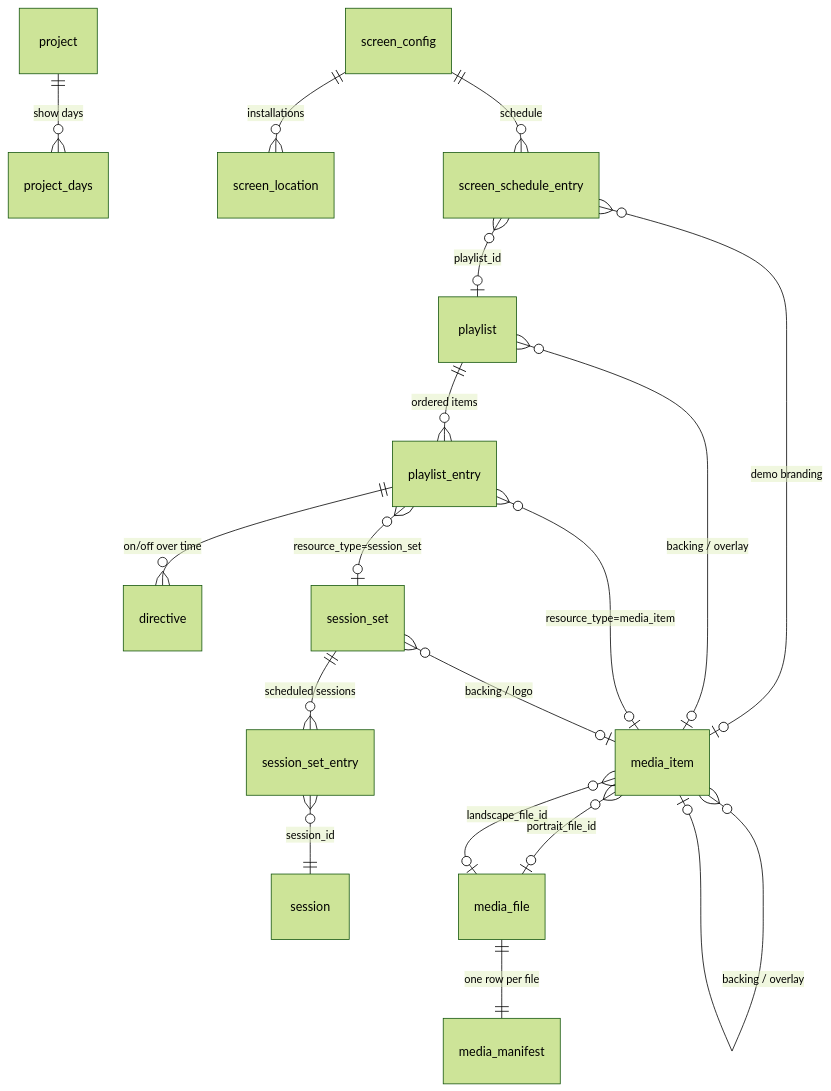
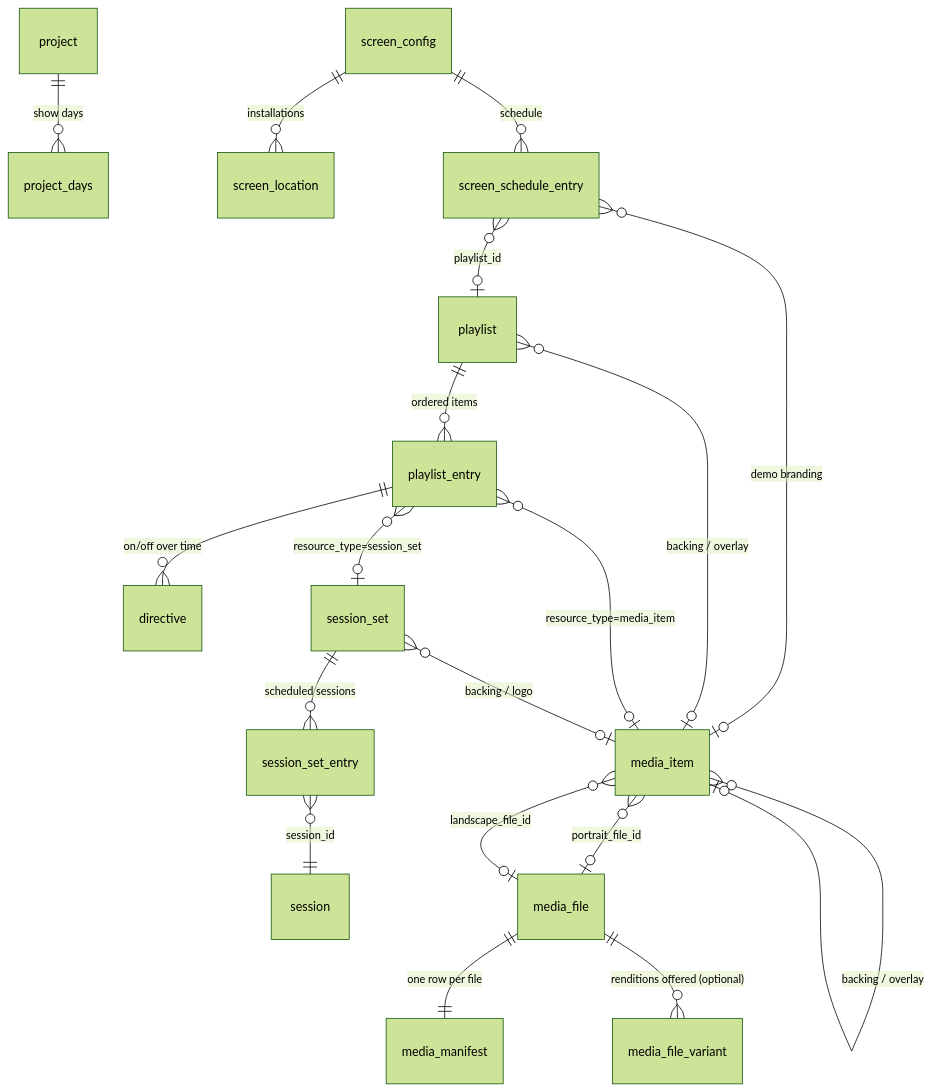
Before and after one commit to Mountain-View-Staging/marquee-cartridge-spec: the first of 3 diagrams in README.md, drawn with Mermaid (forest theme). The commit also changed other lines of this file, not shown here.

````diff
--- a/README.md
+++ b/README.md
@@ -177,20 +182,21 @@
 ```mermaid
 erDiagram
     project ||--o{ project_days : "show days"
     screen_config ||--o{ screen_location : "installations"
     screen_config ||--o{ screen_schedule_entry : "schedule"
     screen_schedule_entry }o--o| playlist : "playlist_id"
     screen_schedule_entry }o--o| media_item : "demo branding"
     playlist ||--o{ playlist_entry : "ordered items"
     playlist }o--o| media_item : "backing / overlay"
     playlist_entry ||--o{ directive : "on/off over time"
     playlist_entry }o--o| media_item : "resource_type=media_item"
     playlist_entry }o--o| session_set : "resource_type=session_set"
     session_set ||--o{ session_set_entry : "scheduled sessions"
     session_set_entry }o--|| session : "session_id"
     session_set }o--o| media_item : "backing / logo"
     media_item }o--o| media_file : "portrait_file_id"
     media_item }o--o| media_file : "landscape_file_id"
     media_item }o--o| media_item : "backing / overlay"
     media_file ||--|| media_manifest : "one row per file"
+    media_file ||--o{ media_file_variant : "renditions offered (optional)"
 ```
````
